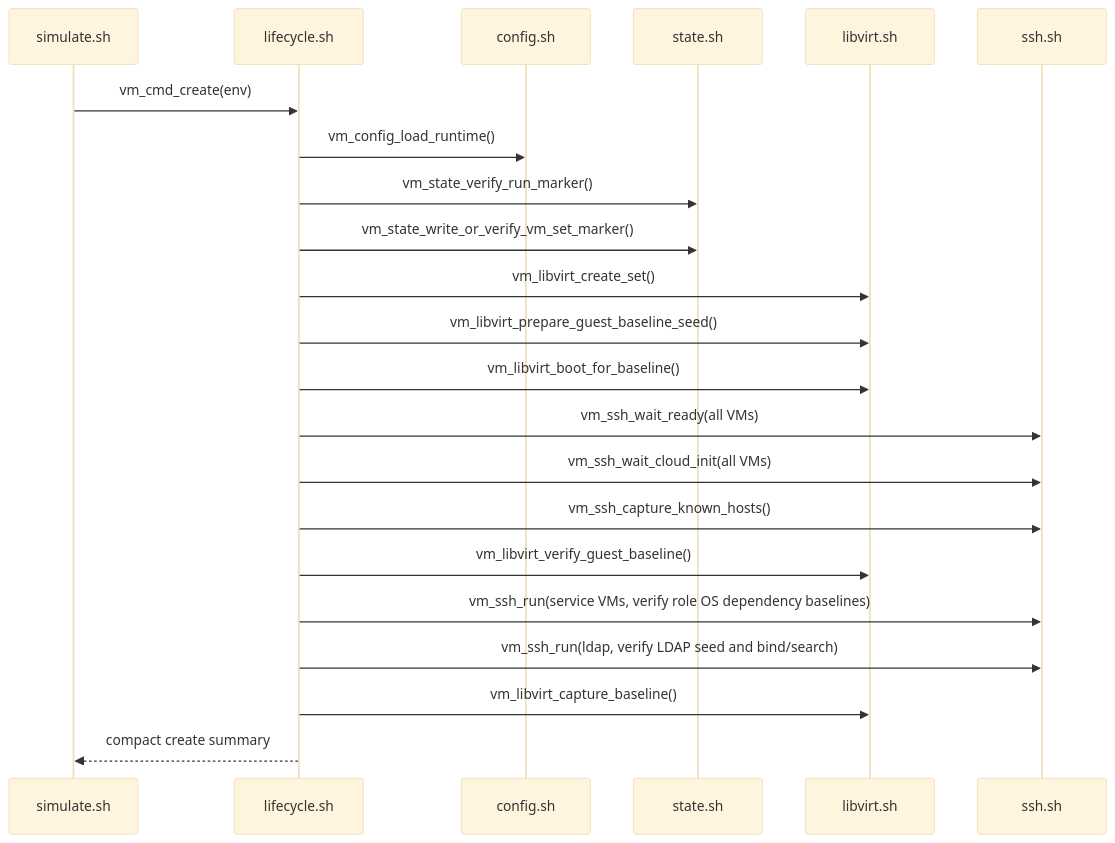
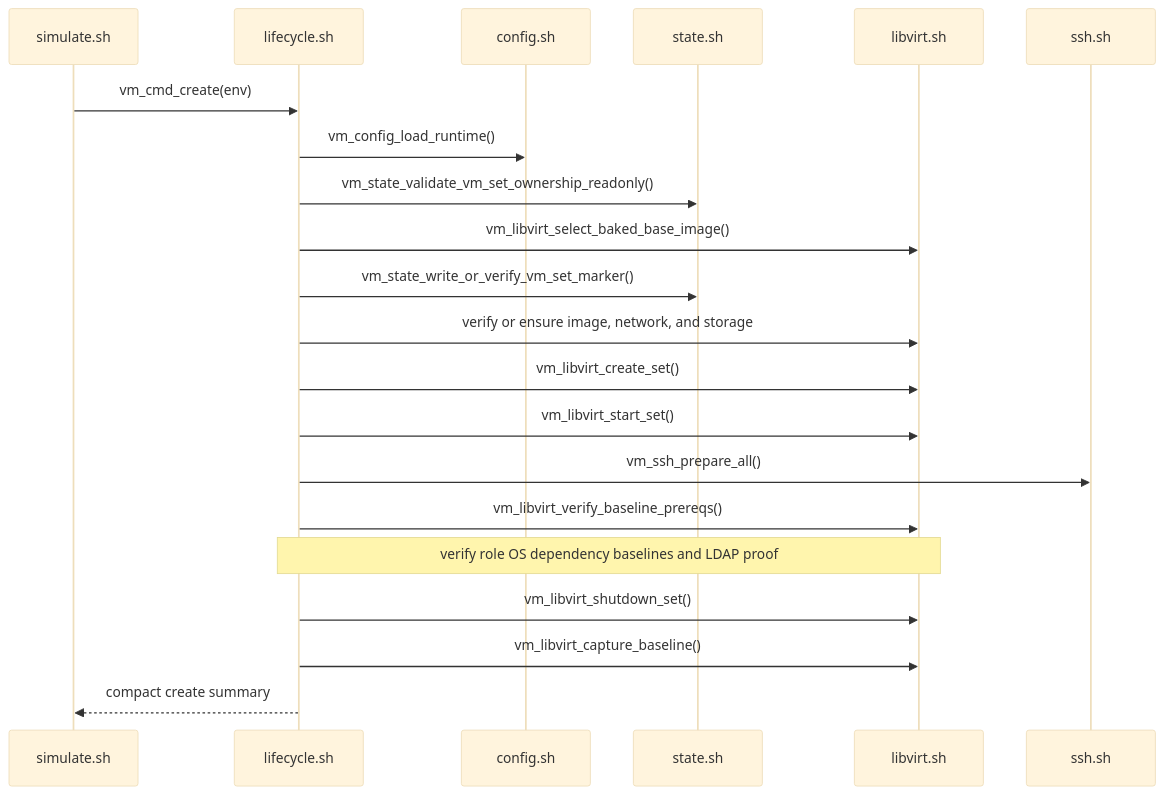
One commit to NoNine/loopforge changed the third of 19 diagrams in simulation/vm/sequences.md. Above: the diagram before and after it, drawn with Mermaid (base theme). The commit also changed other lines of this file and 4 other files, not shown here.

````diff
--- a/simulation/vm/sequences.md
+++ b/simulation/vm/sequences.md
@@ -52,25 +52,24 @@
 ```mermaid
 sequenceDiagram
   participant CLI as simulate.sh
   participant LC as lifecycle.sh
   participant CFG as config.sh
   participant ST as state.sh
   participant LV as libvirt.sh
   participant SSH as ssh.sh
 
   CLI->>LC: vm_cmd_create(env)
   LC->>CFG: vm_config_load_runtime()
-  LC->>ST: vm_state_verify_run_marker()
+  LC->>ST: vm_state_validate_vm_set_ownership_readonly()
+  LC->>LV: vm_libvirt_select_baked_base_image()
   LC->>ST: vm_state_write_or_verify_vm_set_marker()
+  LC->>LV: verify or ensure image, network, and storage
   LC->>LV: vm_libvirt_create_set()
-  LC->>LV: vm_libvirt_prepare_guest_baseline_seed()
-  LC->>LV: vm_libvirt_boot_for_baseline()
-  LC->>SSH: vm_ssh_wait_ready(all VMs)
-  LC->>SSH: vm_ssh_wait_cloud_init(all VMs)
-  LC->>SSH: vm_ssh_capture_known_hosts()
-  LC->>LV: vm_libvirt_verify_guest_baseline()
-  LC->>SSH: vm_ssh_run(service VMs, verify role OS dependency baselines)
-  LC->>SSH: vm_ssh_run(ldap, verify LDAP seed and bind/search)
+  LC->>LV: vm_libvirt_start_set()
+  LC->>SSH: vm_ssh_prepare_all()
+  LC->>LV: vm_libvirt_verify_baseline_prereqs()
+  Note over LC,LV: verify role OS dependency baselines and LDAP proof
+  LC->>LV: vm_libvirt_shutdown_set()
   LC->>LV: vm_libvirt_capture_baseline()
   LC-->>CLI: compact create summary
 ```
````
